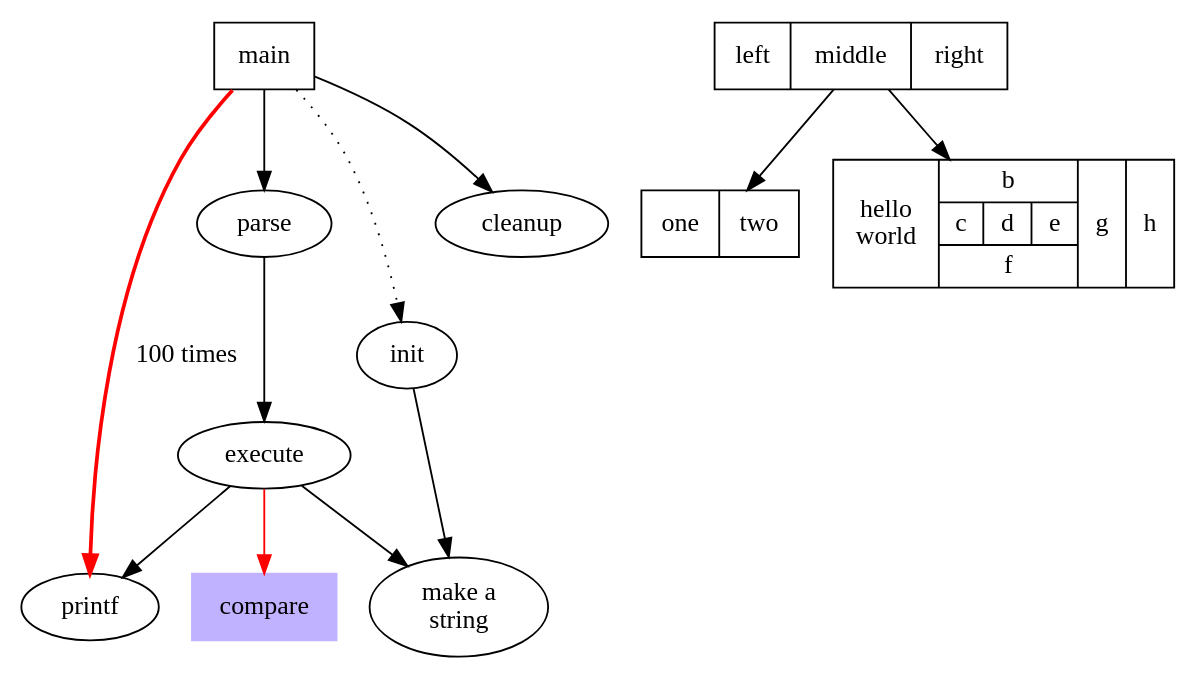
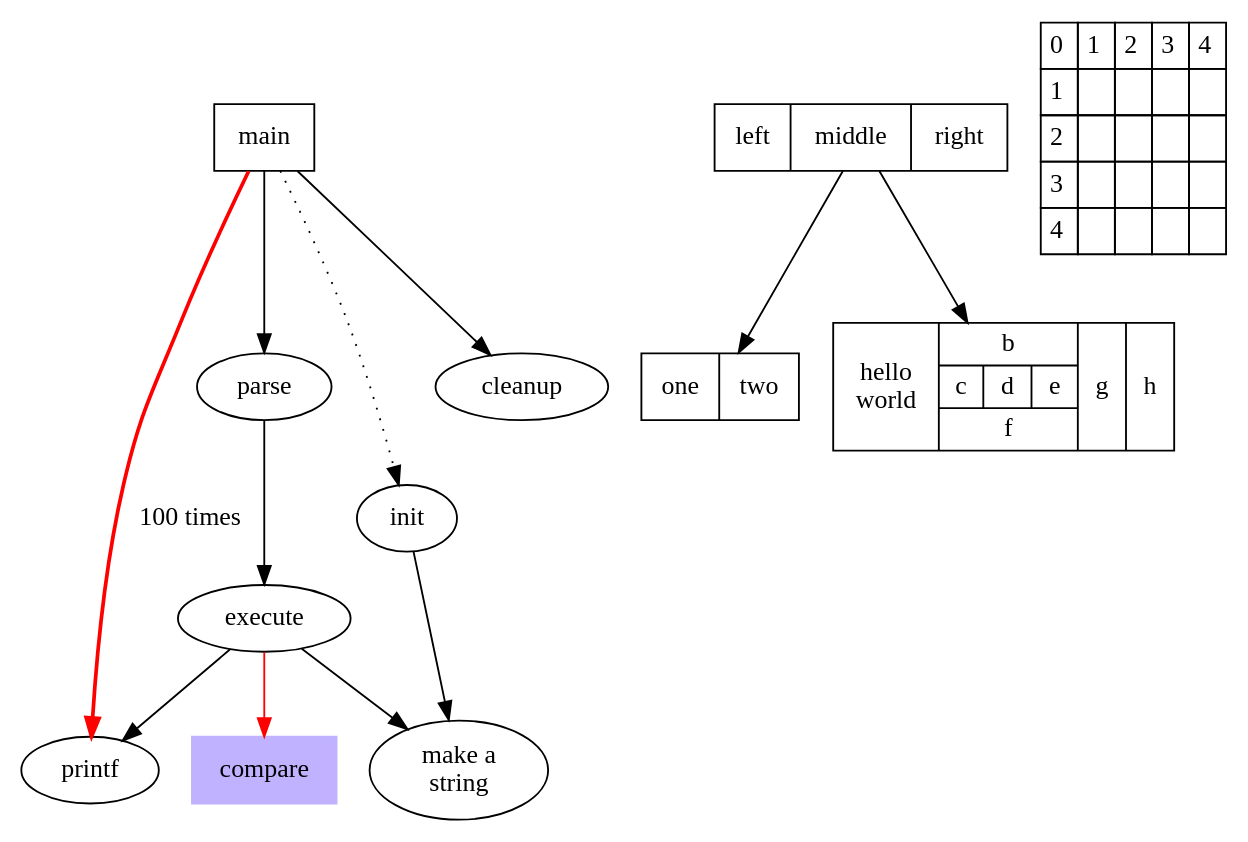
One commit to greatgauss/graphviz_script changed the diagram in exam.dot. Above: the diagram before and after it, drawn with Graphviz.

Commit message:
Example of html

```diff
--- a/exam.dot
+++ b/exam.dot
@@ -1,37 +1,53 @@
 digraph G {
 
 subgraph hello_world {
     main [shape=box]; /*注释*/
     main -> parse [weight=8];
     parse -> execute;
     main -> init [style=dotted];
     main -> cleanup;
     execute -> {make_string; printf}
     init -> make_string;
     edge [color=red];
     main -> printf [style=bold,label="100 times"];
     make_string [label="make a\nstring"];
     node [shape=box, style=filled, color=".7 .3 1.0"];
     execute -> compare;
 }
 
 subgraph structs {
 node[shape=record];
     struct1[shape=record,label="<f0> left|<f1> middle|<f2> right"];
     struct2[shape=record,label="<f0> one|<f1> two"];
     struct3[shape=record,label="hello\nworld |{ b |{c|<here> d|e}| f}| g | h"];
     struct1->struct2;
     struct1->struct3;
 }
 
+subgraph html {
+abc [shape=none, margin=0, label=<
+<TABLE BORDER="0" CELLBORDER="1" CELLSPACING="0" CELLPADDING="4">
+<TR><TD>0</TD><TD>1</TD><TD>2</TD><TD>3</TD><TD>4</TD>
+</TR>
+<TR><TD>1</TD><TD></TD><TD></TD><TD></TD><TD></TD>
+</TR>
+<TR><TD>2</TD><TD></TD><TD></TD><TD></TD><TD></TD>
+</TR>
+<TR><TD>3</TD><TD></TD><TD></TD><TD></TD><TD></TD>
+</TR>
+<TR><TD>4</TD><TD></TD><TD></TD><TD></TD><TD></TD>
+</TR>
+</TABLE>>];
+}
+
 /*
 subgraph G {
     a->b->c;
     b->d;
     a[shape=polygon,sides=5,peripheries=5,color=lightblue,style=filled];
     c[shape=polygon,sides=4,skew=.1,label="hello world"];
     d[shape=invtriangle];
     e[shape=polygon,sides=10,distortion=.7];
 }
 */
 }
```
